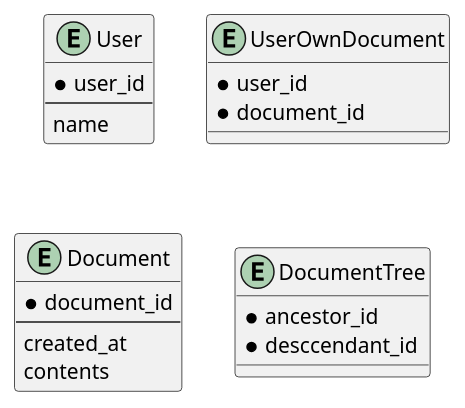
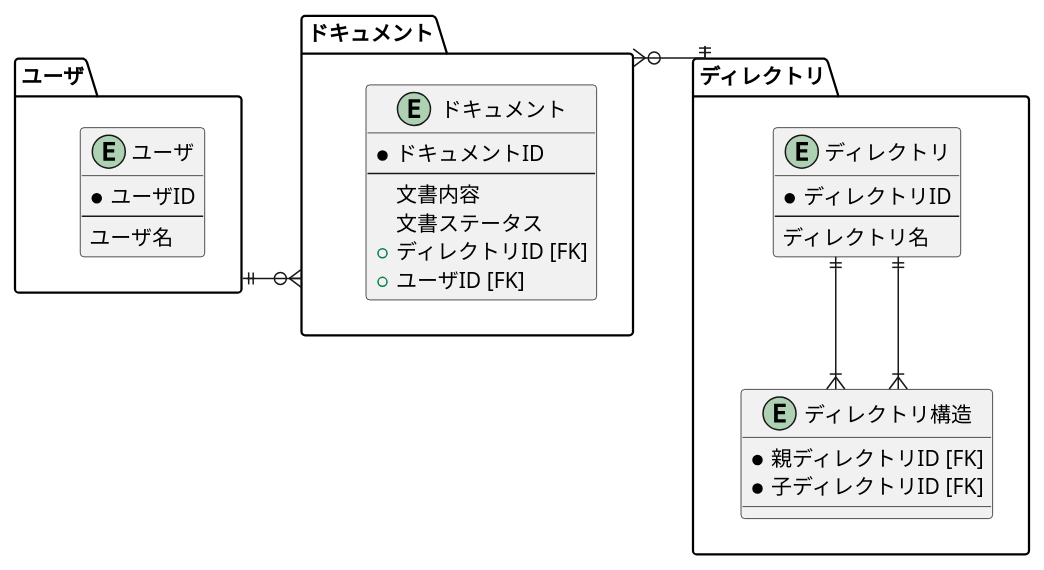
One commit to shimopino/praha-challenges changed the diagram in database/31_modeling3/assets/docs.pu. Above: the diagram before and after it, drawn with PlantUML. The commit also changed 2 other files, not shown here.

```diff
--- a/database/31_modeling3/assets/docs.pu
+++ b/database/31_modeling3/assets/docs.pu
@@ -1,28 +1,43 @@
 @startuml docs
 
 skinparam linetype ortho
 
-entity User {
-    * user_id
-    ---
-    name
+package ユーザ {
+    entity ユーザ {
+        * ユーザID
+        ---
+        ユーザ名
+    }
 }
 
-entity UserOwnDocument {
-    * user_id
-    * document_id
+package ドキュメント {
+    entity ドキュメント {
+        * ドキュメントID
+        ---
+        文書内容
+        文書ステータス
+        + ディレクトリID [FK]
+        + ユーザID [FK]
+    }
 }
 
-entity Document {
-    * document_id
-    ---
-    created_at
-    contents
+package ディレクトリ {
+    entity ディレクトリ {
+        * ディレクトリID
+        --
+        ディレクトリ名
+    }
+
+    entity ディレクトリ構造 {
+        * 親ディレクトリID [FK]
+        * 子ディレクトリID [FK]
+    }
+
+    ディレクトリ ||--|{ ディレクトリ構造
+    ディレクトリ ||--|{ ディレクトリ構造
 }
 
-entity DocumentTree {
-    * ancestor_id
-    * desccendant_id
-}
+ユーザ ||-ri-o{ ドキュメント
+ドキュメント }o-ri-|| ディレクトリ
 
 @enduml
```
